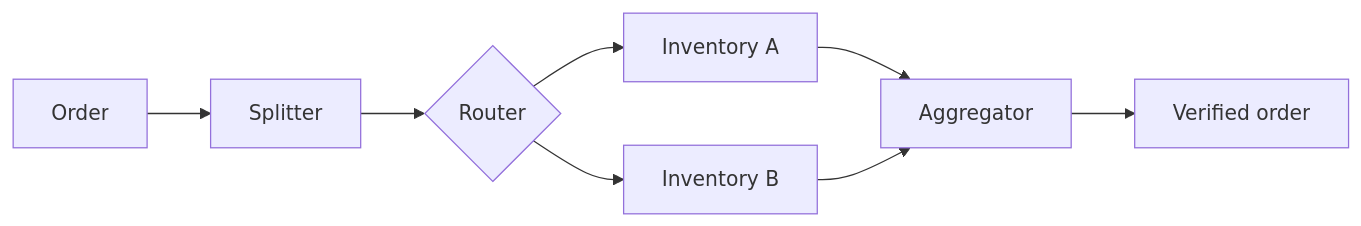
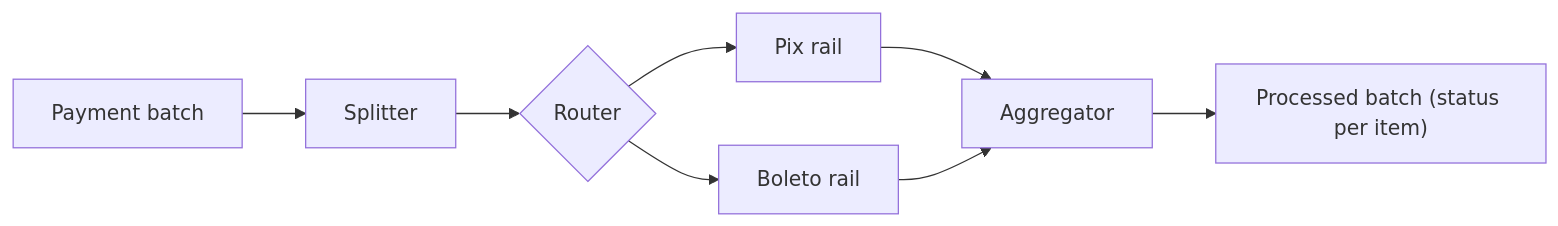
The diagram in i18n/en/docusaurus-plugin-content-docs/current/architecture/eip/message-routing/composed-message-processor.md (alancesar/design-patterns), drawn with Mermaid before and after one commit. The commit also changed other lines of this file and 11 other files, not shown here.

Commit message:
Switch eip concrete diagrams to fintech scenarios

````diff
--- a/i18n/en/docusaurus-plugin-content-docs/current/architecture/eip/message-routing/composed-message-processor.md
+++ b/i18n/en/docusaurus-plugin-content-docs/current/architecture/eip/message-routing/composed-message-processor.md
@@ -49,10 +49,10 @@
 ```mermaid
 flowchart LR
-    M["Order"] --> S["Splitter"]
+    M["Payment batch"] --> S["Splitter"]
     S --> R{"Router"}
-    R --> A["Inventory A"]
-    R --> B["Inventory B"]
+    R --> A["Pix rail"]
+    R --> B["Boleto rail"]
     A --> AG["Aggregator"]
     B --> AG
-    AG --> O["Verified order"]
+    AG --> O["Processed batch (status per item)"]
 ```
````
